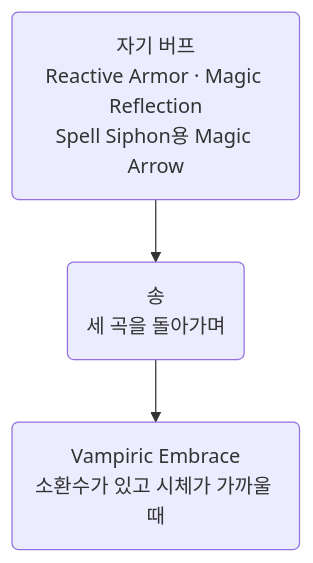
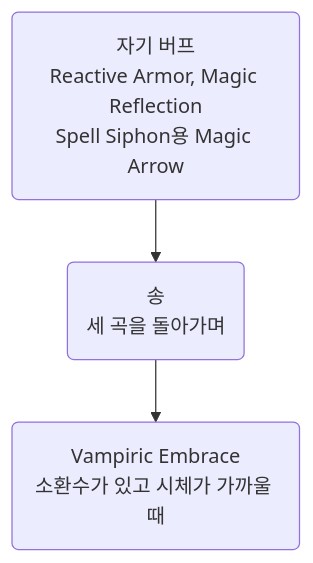
One commit to minu-ha/uoo changed the fourth of 5 diagrams in document/templates/bard-necro.md. Above: the diagram before and after it, drawn with Mermaid. The commit also changed other lines of this file, not shown here.

````diff
--- a/document/templates/bard-necro.md
+++ b/document/templates/bard-necro.md
@@ -1095,5 +1107,5 @@
 ```mermaid
 flowchart TD
-  buffs("자기 버프<br>Reactive Armor · Magic Reflection<br>Spell Siphon용 Magic Arrow")
+  buffs("자기 버프<br>Reactive Armor, Magic Reflection<br>Spell Siphon용 Magic Arrow")
   buffs --> song("송<br>세 곡을 돌아가며") --> embrace("Vampiric Embrace<br>소환수가 있고 시체가 가까울 때")
 ```
````
